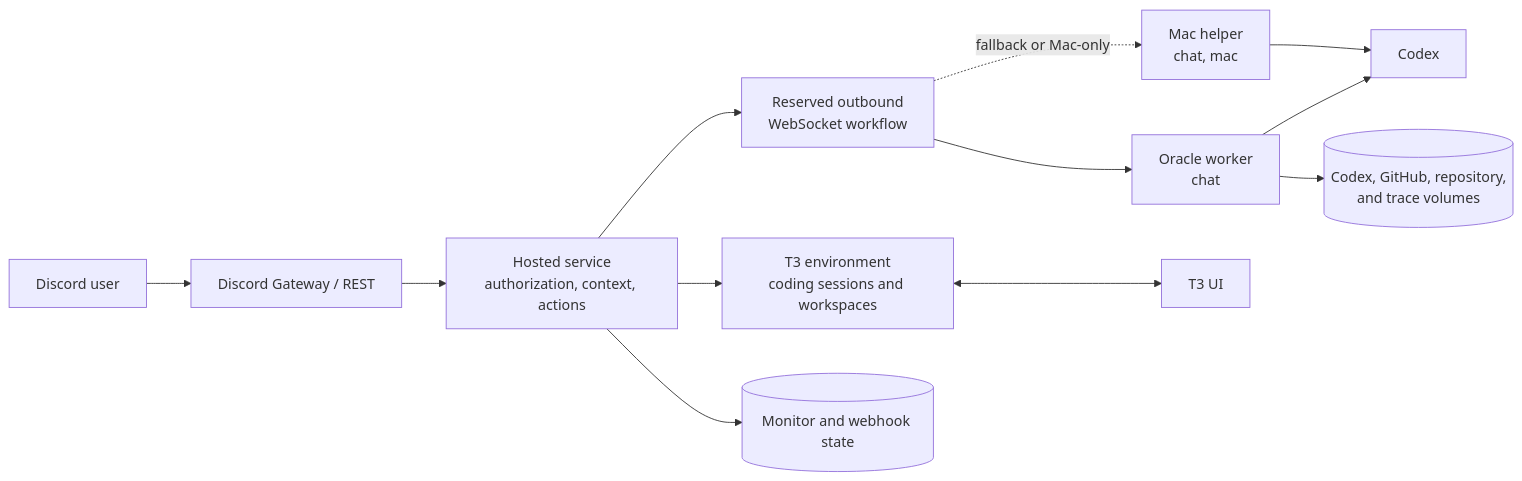
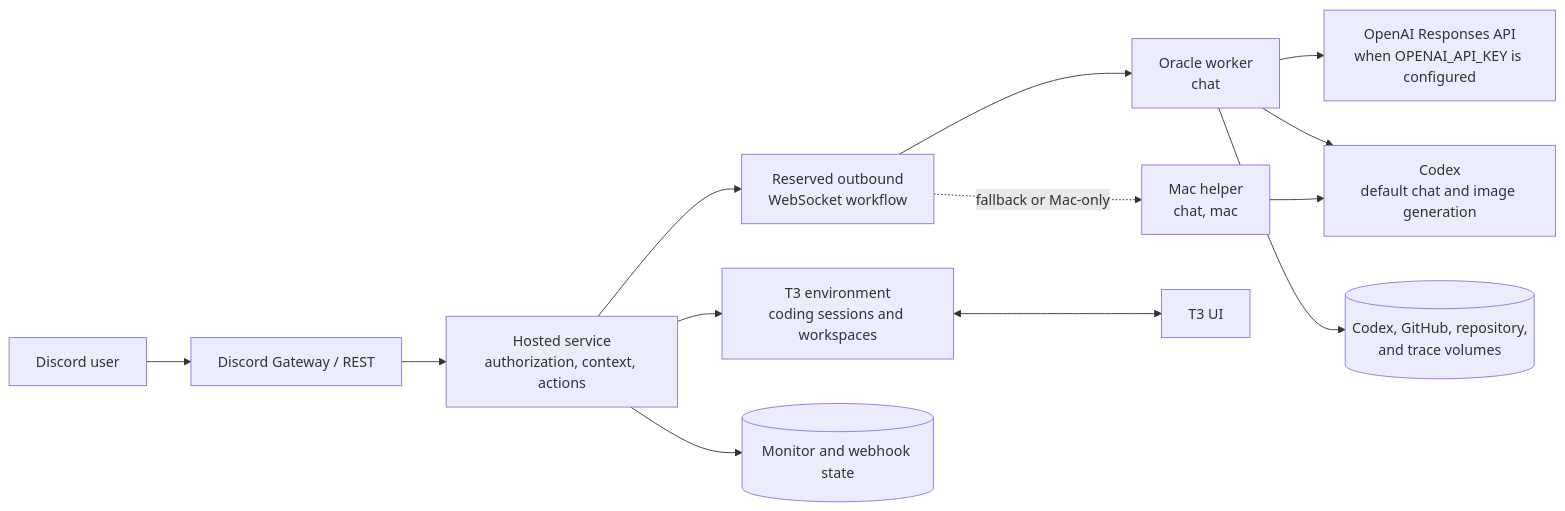
The diagram in docs/architecture.md (sago-cream/mini-sago), drawn with Mermaid before and after one commit. The commit also changed other lines of this file and 13 other files, not shown here.

Commit message:
feat(chat): use the regular OpenAI API for conversations

````diff
--- a/docs/architecture.md
+++ b/docs/architecture.md
@@ -10,14 +11,15 @@
 ```mermaid
 flowchart LR
     U["Discord user"] --> D["Discord Gateway / REST"]
     D --> H["Hosted service<br/>authorization, context, actions"]
     H --> W["Reserved outbound<br/>WebSocket workflow"]
     W --> O["Oracle worker<br/>chat"]
     W -. "fallback or Mac-only" .-> M["Mac helper<br/>chat, mac"]
-    O --> C["Codex"]
+    O --> A["OpenAI Responses API<br/>when OPENAI_API_KEY is configured"]
+    O --> C["Codex<br/>default chat and image generation"]
     M --> C
     H --> T["T3 environment<br/>coding sessions and workspaces"]
     T <--> UI["T3 UI"]
     H --> S[("Monitor and webhook state")]
     O --> V[("Codex, GitHub, repository,<br/>and trace volumes")]
 ```
````
